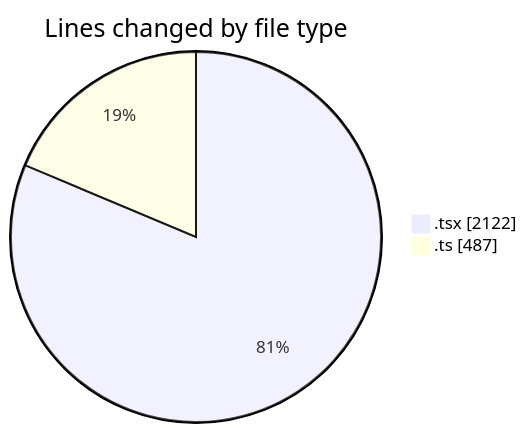
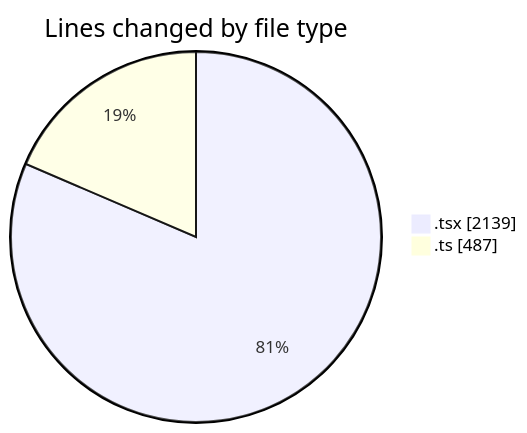
The first of 2 diagrams in 2026-03-31/nxtqube_webapp/README.md (nxtqubesakshisongat/code-tracking), drawn with Mermaid before and after one commit. The commit also changed other lines of this file and 1 other file, not shown here.

````diff
--- a/2026-03-31/nxtqube_webapp/README.md
+++ b/2026-03-31/nxtqube_webapp/README.md
@@ -23,6 +23,6 @@
 ```mermaid
 pie showData
 title Lines changed by file type
-".tsx" : 2122
+".tsx" : 2139
 ".ts" : 487
 ```
````
